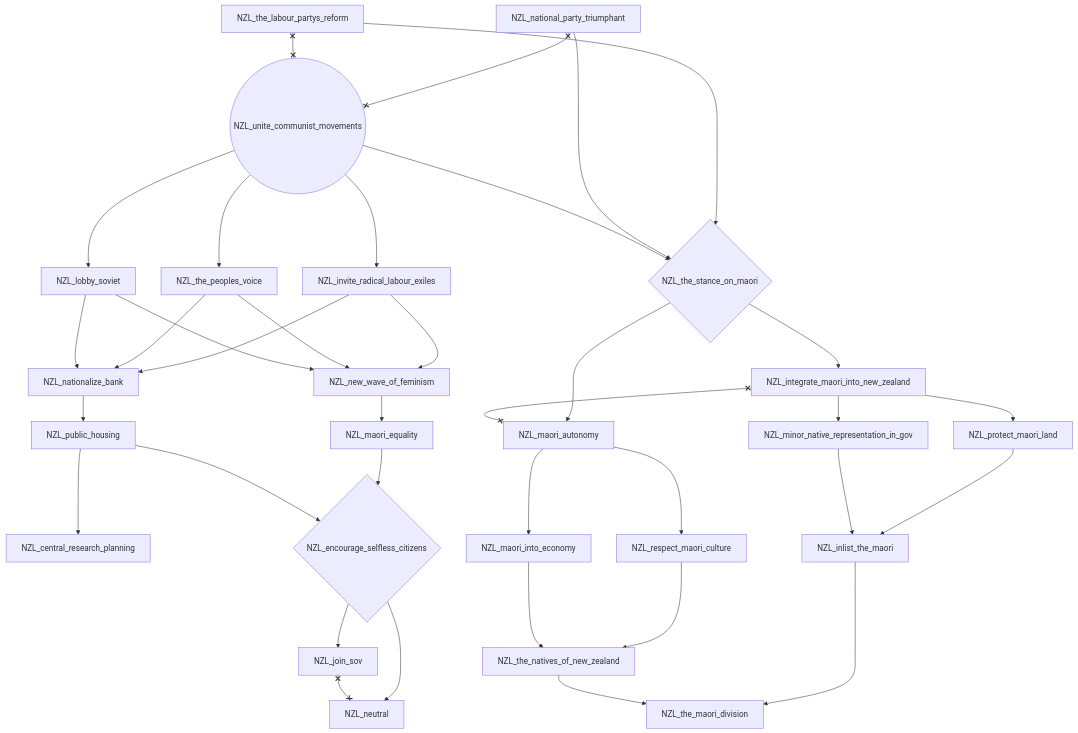
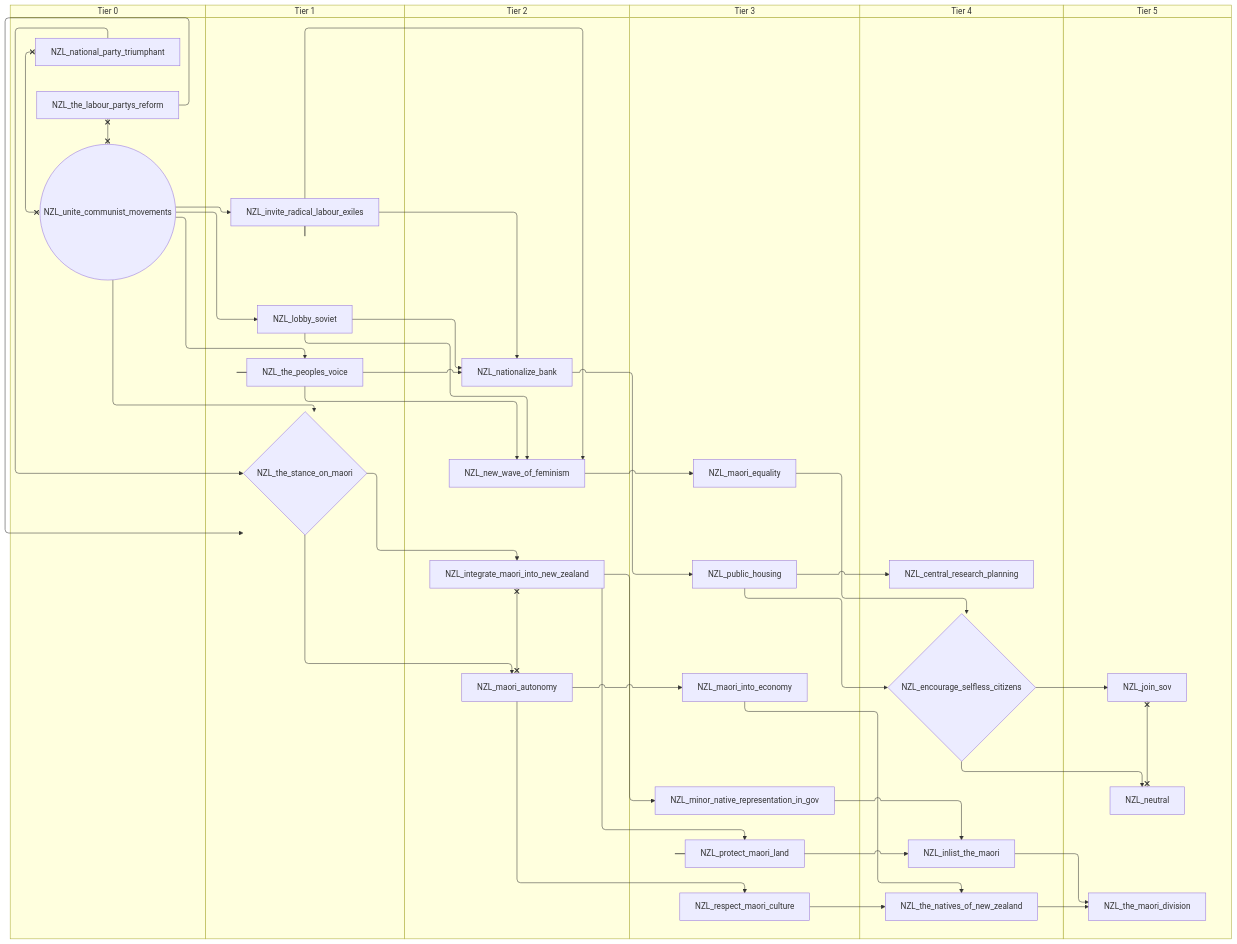
Diagram 11 of 11 in docs/gdd/National Focuses/r56/new_zealand.md (evgeny-sobol/hoi4-sandbox-mode-r56), drawn with Mermaid before and after one commit. The commit also changed other lines of this file and 423 other files, not shown here.

First line of the commit message:
Re-export Rt56 focus trees as swimlane diagrams

````diff
--- a/docs/gdd/National Focuses/r56/new_zealand.md
+++ b/docs/gdd/National Focuses/r56/new_zealand.md
@@ -422,62 +518,74 @@
 ```mermaid
-flowchart TD
-    n128["NZL_central_research_planning"]
-    n129{"NZL_encourage_selfless_citizens"}
-    n83["NZL_inlist_the_maori"]
-    n84["NZL_integrate_maori_into_new_zealand"]
-    n130["NZL_invite_radical_labour_exiles"]
-    n131["NZL_join_sov"]
-    n132["NZL_lobby_soviet"]
-    n85["NZL_maori_autonomy"]
-    n133["NZL_maori_equality"]
-    n86["NZL_maori_into_economy"]
-    n87["NZL_minor_native_representation_in_gov"]
-    n88["NZL_national_party_triumphant"]
-    n134["NZL_nationalize_bank"]
-    n135["NZL_neutral"]
-    n136["NZL_new_wave_of_feminism"]
-    n90["NZL_protect_maori_land"]
-    n137["NZL_public_housing"]
-    n91["NZL_respect_maori_culture"]
-    n93["NZL_the_labour_partys_reform"]
-    n94["NZL_the_maori_division"]
-    n95["NZL_the_natives_of_new_zealand"]
-    n138["NZL_the_peoples_voice"]
-    n96{"NZL_the_stance_on_maori"}
-    n97(("NZL_unite_communist_movements"))
-    n137 --> n128
-    n133 --> n129
-    n137 --> n129
-    n90 --> n83
-    n87 --> n83
-    n96 --> n84
-    n97 --> n130
-    n129 --> n131
-    n97 --> n132
-    n96 --> n85
-    n136 --> n133
+swimlane-beta TD
+    subgraph tier_0["Tier 0"]
+        n75["NZL_national_party_triumphant"]
+        n76["NZL_the_labour_partys_reform"]
+        n77(("NZL_unite_communist_movements"))
+    end
+    subgraph tier_1["Tier 1"]
+        n128["NZL_invite_radical_labour_exiles"]
+        n129["NZL_lobby_soviet"]
+        n130["NZL_the_peoples_voice"]
+        n81{"NZL_the_stance_on_maori"}
+    end
+    subgraph tier_2["Tier 2"]
+        n84["NZL_integrate_maori_into_new_zealand"]
+        n85["NZL_maori_autonomy"]
+        n131["NZL_nationalize_bank"]
+        n132["NZL_new_wave_of_feminism"]
+    end
+    subgraph tier_3["Tier 3"]
+        n133["NZL_maori_equality"]
+        n86["NZL_maori_into_economy"]
+        n87["NZL_minor_native_representation_in_gov"]
+        n88["NZL_protect_maori_land"]
+        n134["NZL_public_housing"]
+        n89["NZL_respect_maori_culture"]
+    end
+    subgraph tier_4["Tier 4"]
+        n135["NZL_central_research_planning"]
+        n136{"NZL_encourage_selfless_citizens"}
+        n92["NZL_inlist_the_maori"]
+        n94["NZL_the_natives_of_new_zealand"]
+    end
+    subgraph tier_5["Tier 5"]
+        n137["NZL_join_sov"]
+        n138["NZL_neutral"]
+        n98["NZL_the_maori_division"]
+    end
+    n134 --> n135
+    n133 --> n136
+    n134 --> n136
+    n88 --> n92
+    n87 --> n92
+    n81 --> n84
+    n77 --> n128
+    n136 --> n137
+    n77 --> n129
+    n81 --> n85
+    n132 --> n133
     n85 --> n86
     n84 --> n87
-    n130 --> n134
-    n138 --> n134
-    n132 --> n134
-    n129 --> n135
-    n130 --> n136
-    n138 --> n136
-    n132 --> n136
-    n84 --> n90
-    n134 --> n137
-    n85 --> n91
-    n83 --> n94
-    n95 --> n94
-    n91 --> n95
-    n86 --> n95
-    n97 --> n138
-    n93 --> n96
-    n88 --> n96
-    n97 --> n96
+    n128 --> n131
+    n130 --> n131
+    n129 --> n131
+    n136 --> n138
+    n128 --> n132
+    n130 --> n132
+    n129 --> n132
+    n84 --> n88
+    n131 --> n134
+    n85 --> n89
+    n92 --> n98
+    n94 --> n98
+    n89 --> n94
+    n86 --> n94
+    n77 --> n130
+    n76 --> n81
+    n75 --> n81
+    n77 --> n81
     n84 x--x n85
-    n131 x--x n135
-    n88 x--x n97
-    n93 x--x n97
+    n137 x--x n138
+    n75 x--x n77
+    n76 x--x n77
 ```
````
